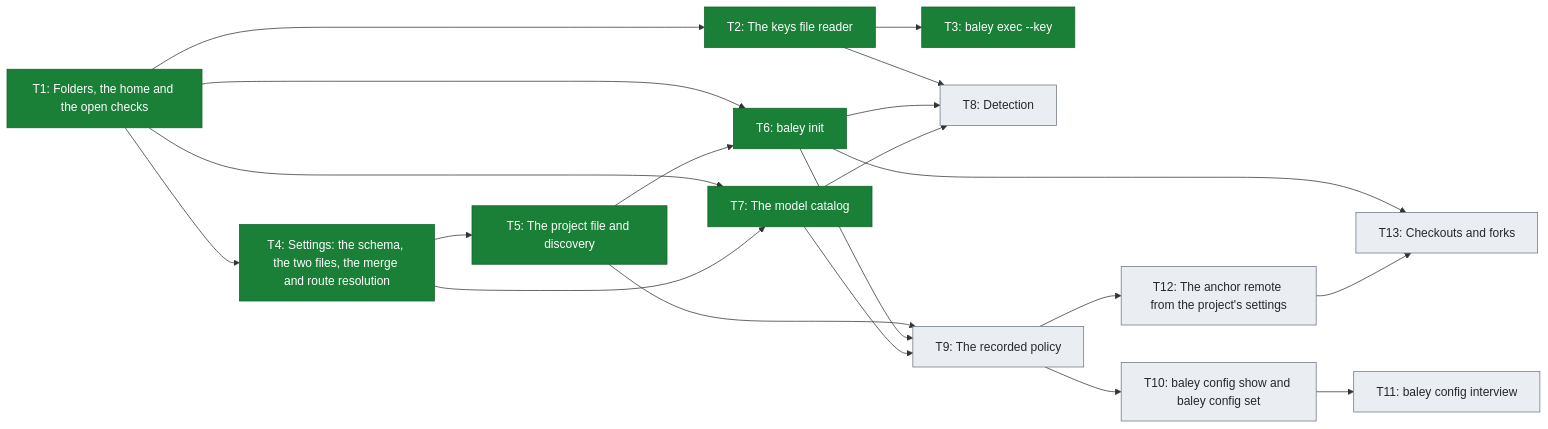
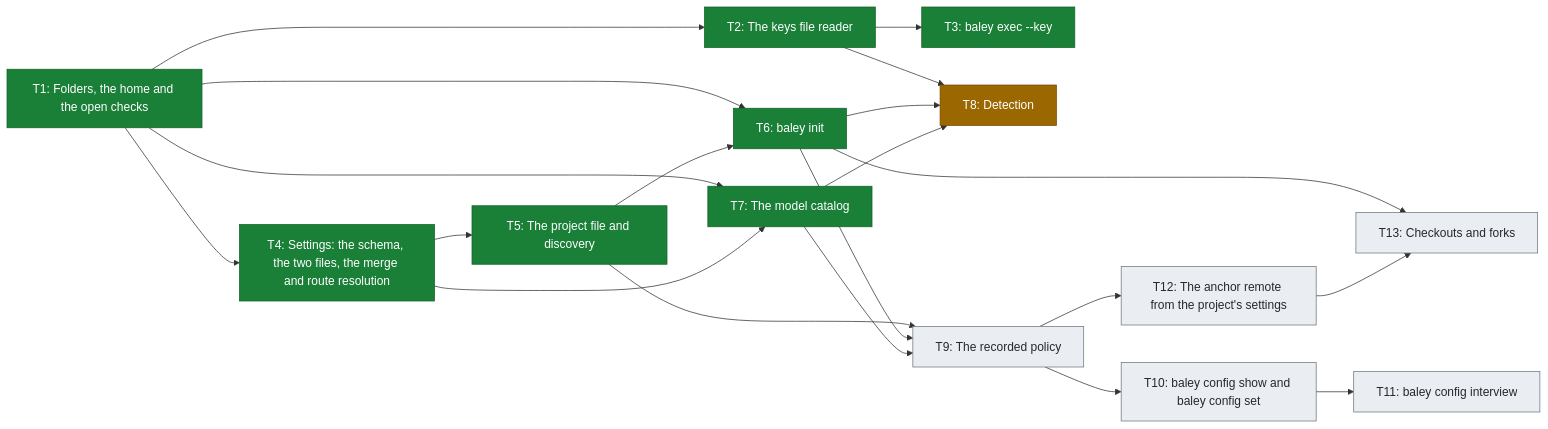
One commit to crenshawdev/baley changed the third of 3 diagrams in docs/roadmap.md. Above: the diagram before and after it, drawn with Mermaid. The commit also changed other lines of this file, not shown here.

Commit message:
docs(roadmap): mark build 2 t8 in progress on the roadmap
Detection is built on this branch, so the roadmap row rides along with
it. The row turns merged once the pull request lands.

````diff
--- a/docs/roadmap.md
+++ b/docs/roadmap.md
@@ -100,41 +100,43 @@
 ```mermaid
 flowchart LR
     T1["T1: Folders, the home and the open checks"]
     T2["T2: The keys file reader"]
     T3["T3: baley exec --key"]
     T4["T4: Settings: the schema, the two files, the merge and route resolution"]
     T5["T5: The project file and discovery"]
     T6["T6: baley init"]
     T7["T7: The model catalog"]
     T8["T8: Detection"]
     T9["T9: The recorded policy"]
     T10["T10: baley config show and baley config set"]
     T11["T11: baley config interview"]
     T12["T12: The anchor remote from the project's settings"]
     T13["T13: Checkouts and forks"]
 
     T1 --> T2
     T1 --> T4
     T1 --> T6
     T1 --> T7
     T2 --> T3
     T2 --> T8
     T4 --> T5
     T4 --> T7
     T5 --> T6
     T5 --> T9
     T6 --> T8
     T6 --> T9
     T6 --> T13
     T7 --> T8
     T7 --> T9
     T9 --> T10
     T9 --> T12
     T10 --> T11
     T12 --> T13
 
     classDef done fill:#1a7f37,stroke:#116329,color:#ffffff
     classDef planned fill:#eaeef2,stroke:#6e7781,color:#24292f
+    classDef progress fill:#9a6700,stroke:#7d4e00,color:#ffffff
     class T1,T2,T3,T4,T5,T6,T7 done
-    class T8,T9,T10,T11,T12,T13 planned
+    class T8 progress
+    class T9,T10,T11,T12,T13 planned
 ```
````
